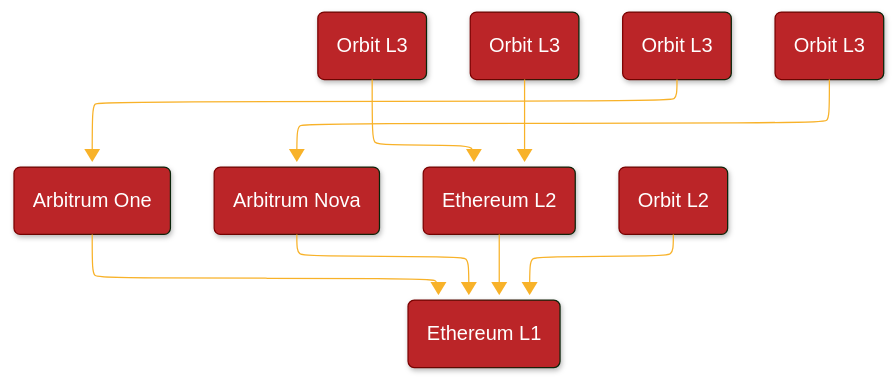
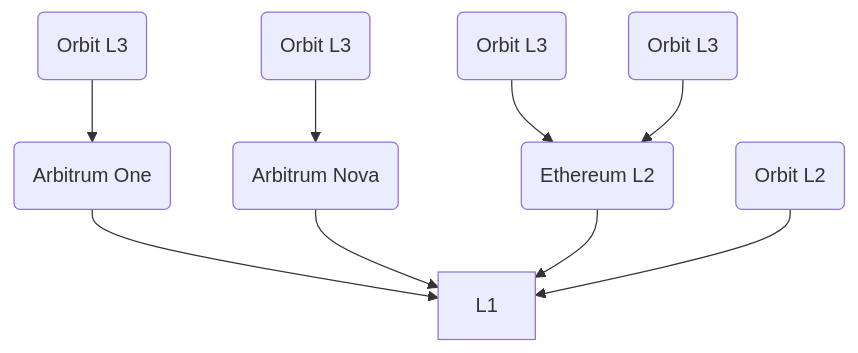
Before and after one commit to OffchainLabs/arbitrum-docs: the second of 4 diagrams in arbitrum-docs/mermaid-examples.mdx, drawn with Mermaid. The commit also changed other lines of this file, not shown here.

````diff
--- a/arbitrum-docs/mermaid-examples.mdx
+++ b/arbitrum-docs/mermaid-examples.mdx
@@ -14,41 +31,21 @@
 ``` mermaid
----
-config:
-  layout: elk
-  look: neo
----
-
-%%{
-  init: {
-    'theme': 'base',
-    'themeVariables': {
-      'curve': 'stepBefore',
-      'primaryColor': '#BB2528',
-      'primaryTextColor': '#fff',
-      'primaryBorderColor': '#7C0000',
-      'lineColor': '#F8B229',
-      'secondaryColor': '#006100',
-      'tertiaryColor': '#fff',
-      'rankSpacing': '150'
-    }
-  }
-}%%
 graph TD
           L3A("Orbit L3")
           L3B("Orbit L3")
           L3C("Orbit L3")
           L3D("Orbit L3")
           L2A("Arbitrum One")
           L2B("Arbitrum Nova")
           L2C("Ethereum L2")
           L2D("Orbit L2")
-    L1("Ethereum L1")
+    L1:::EthereumL1
     L3A --> L2C
     L3B --> L2C
     L3C --> L2A
     L3D --> L2B
     L2A --> L1
     L2B --> L1
     L2C --> L1
     L2D --> L1 
+    classDef EthereumL1 padding: 400;
 ```
````
